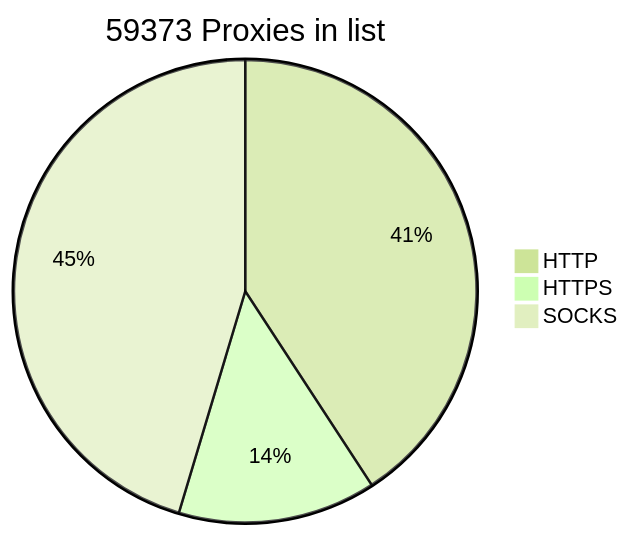
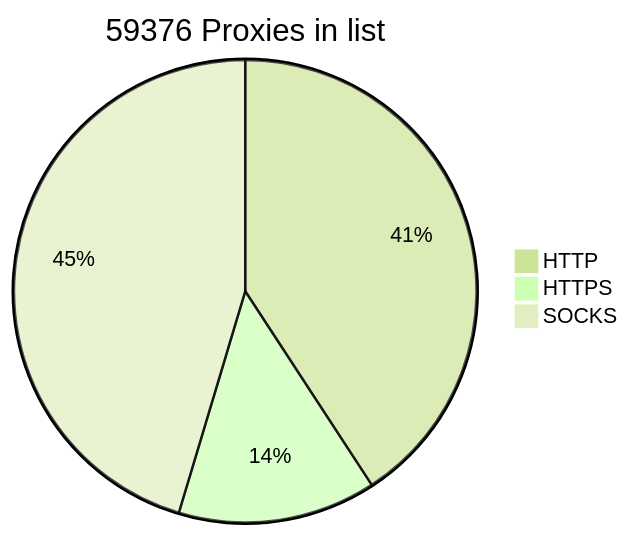
The diagram in README.md (BlackSnowDot/proxylist-update-every-minute), drawn with Mermaid (forest theme) before and after one commit.

````diff
--- a/README.md
+++ b/README.md
@@ -2,6 +2,6 @@
 ```mermaid
-pie title 59373 Proxies in list
+pie title 59376 Proxies in list
     "HTTP" : 27333
-    "HTTPS": 9271
+    "HTTPS": 9274
     "SOCKS" : 30395
 ```
````
